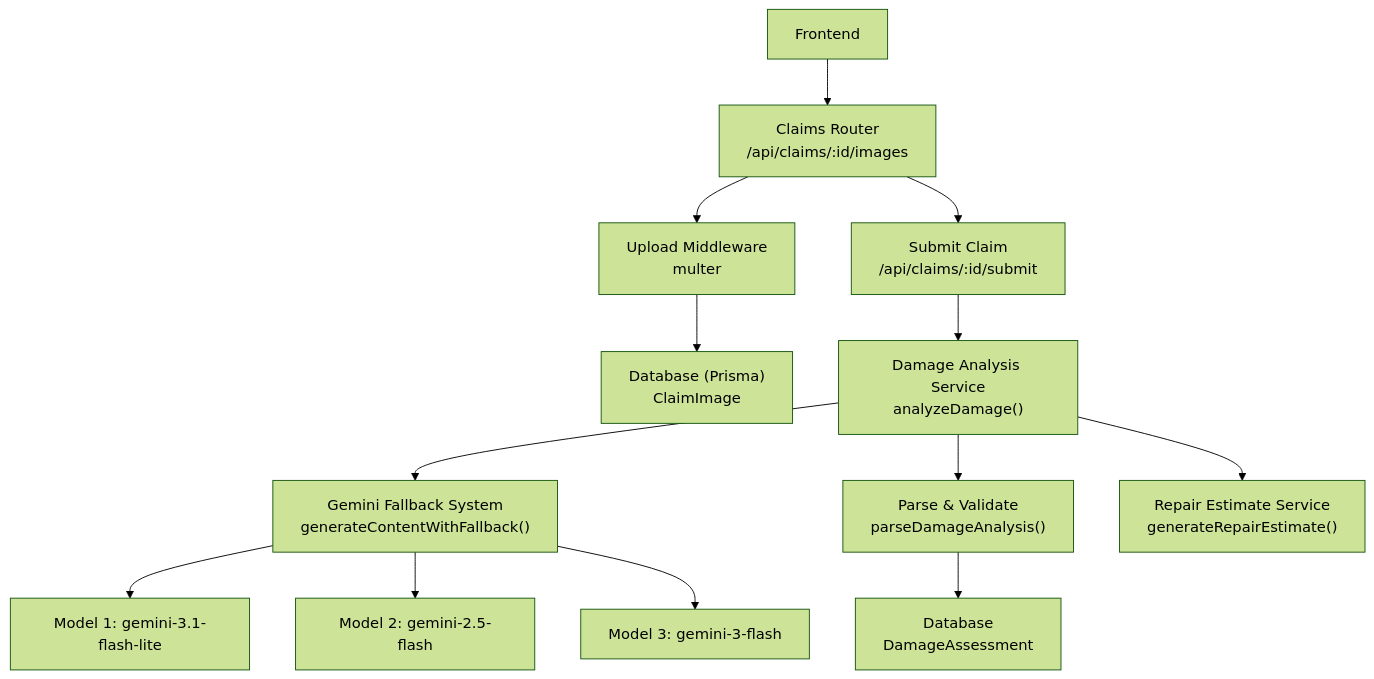
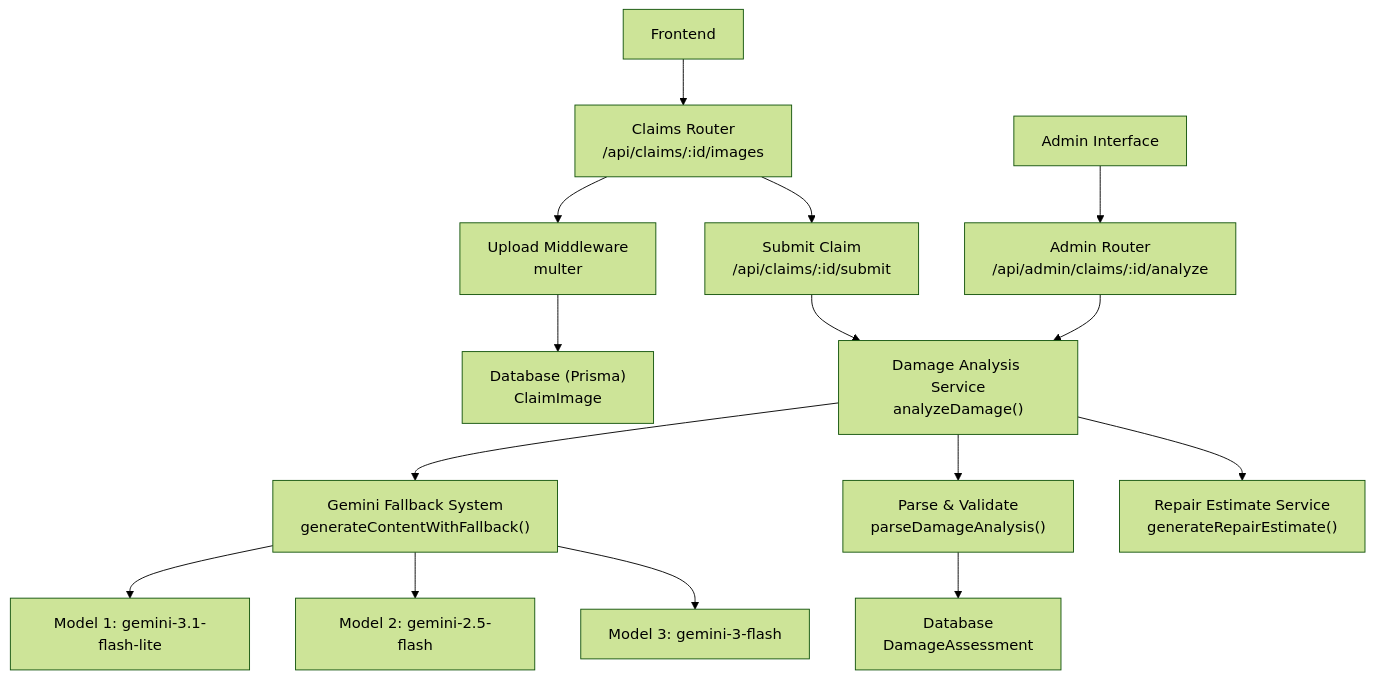
One commit to NaveenHiranya/Smart-Vehicle-Insurance-Claim-System changed the first of 3 diagrams in .qoder/repowiki/en/content/AI Services Integration/Damage Analysis Service.md. Above: the diagram before and after it, drawn with Mermaid (forest theme). The commit also changed other lines of this file and 38 other files, not shown here.

````diff
--- a/.qoder/repowiki/en/content/AI Services Integration/Damage Analysis Service.md
+++ b/.qoder/repowiki/en/content/AI Services Integration/Damage Analysis Service.md
@@ -46,15 +49,17 @@
 ```mermaid
 graph TB
 FE["Frontend"] --> R["Claims Router<br/>/api/claims/:id/images"]
 R --> U["Upload Middleware<br/>multer"]
 U --> DB["Database (Prisma)<br/>ClaimImage"]
 R --> S["Submit Claim<br/>/api/claims/:id/submit"]
 S --> A["Damage Analysis Service<br/>analyzeDamage()"]
 A --> G["Gemini Fallback System<br/>generateContentWithFallback()"]
 G --> M1["Model 1: gemini-3.1-flash-lite"]
 G --> M2["Model 2: gemini-2.5-flash"]
 G --> M3["Model 3: gemini-3-flash"]
 A --> P["Parse & Validate<br/>parseDamageAnalysis()"]
 P --> DB2["Database<br/>DamageAssessment"]
 A --> E["Repair Estimate Service<br/>generateRepairEstimate()"]
+Admin["Admin Interface"] --> AR["Admin Router<br/>/api/admin/claims/:id/analyze"]
+AR --> A
 ```
````
